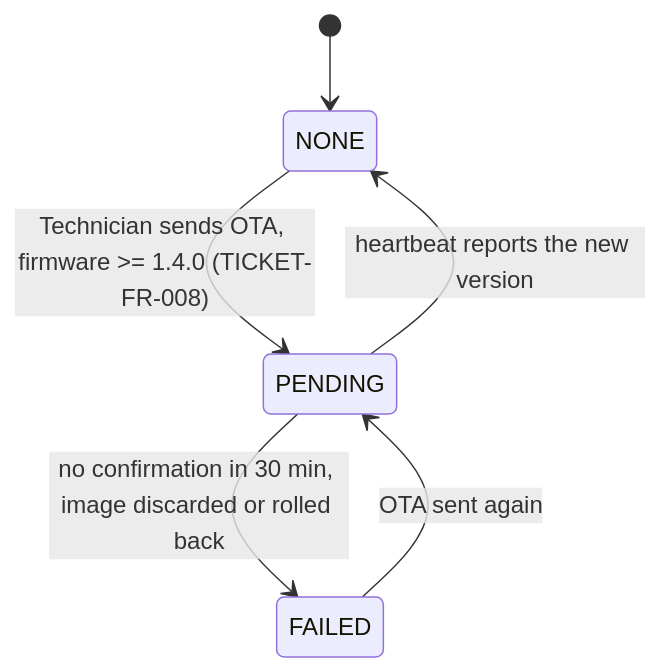
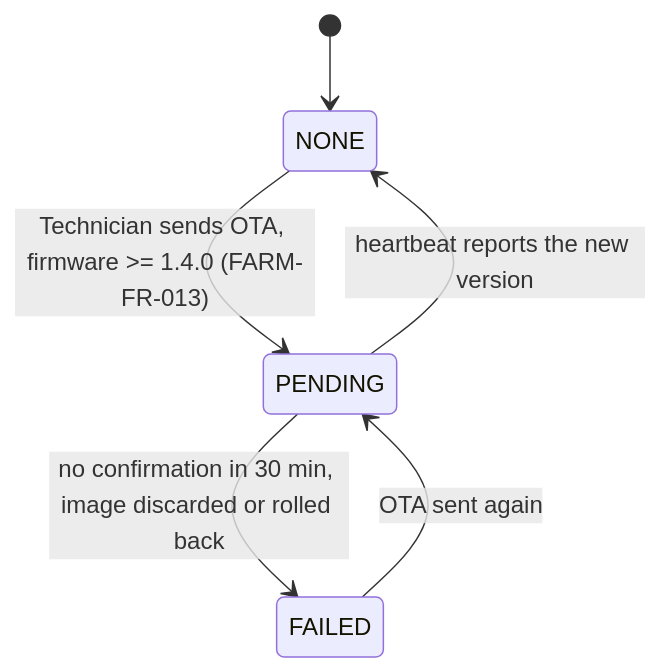
Diagram 17 of 34 in docs/reports/report4-sdd.md (NBao261/SwiftletCare_KLTN), drawn with Mermaid before and after one commit. The commit also changed other lines of this file and 24 other files, not shown here.

````diff
--- a/docs/reports/report4-sdd.md
+++ b/docs/reports/report4-sdd.md
@@ -864,8 +825,8 @@
 ```mermaid
 stateDiagram-v2
   [*] --> NONE
-  NONE --> PENDING : Technician sends OTA, firmware >= 1.4.0 (TICKET-FR-008)
+  NONE --> PENDING : Technician sends OTA, firmware >= 1.4.0 (FARM-FR-013)
   PENDING --> NONE : heartbeat reports the new version
   PENDING --> FAILED : no confirmation in 30 min, image discarded or rolled back
   FAILED --> PENDING : OTA sent again
 ```
````
